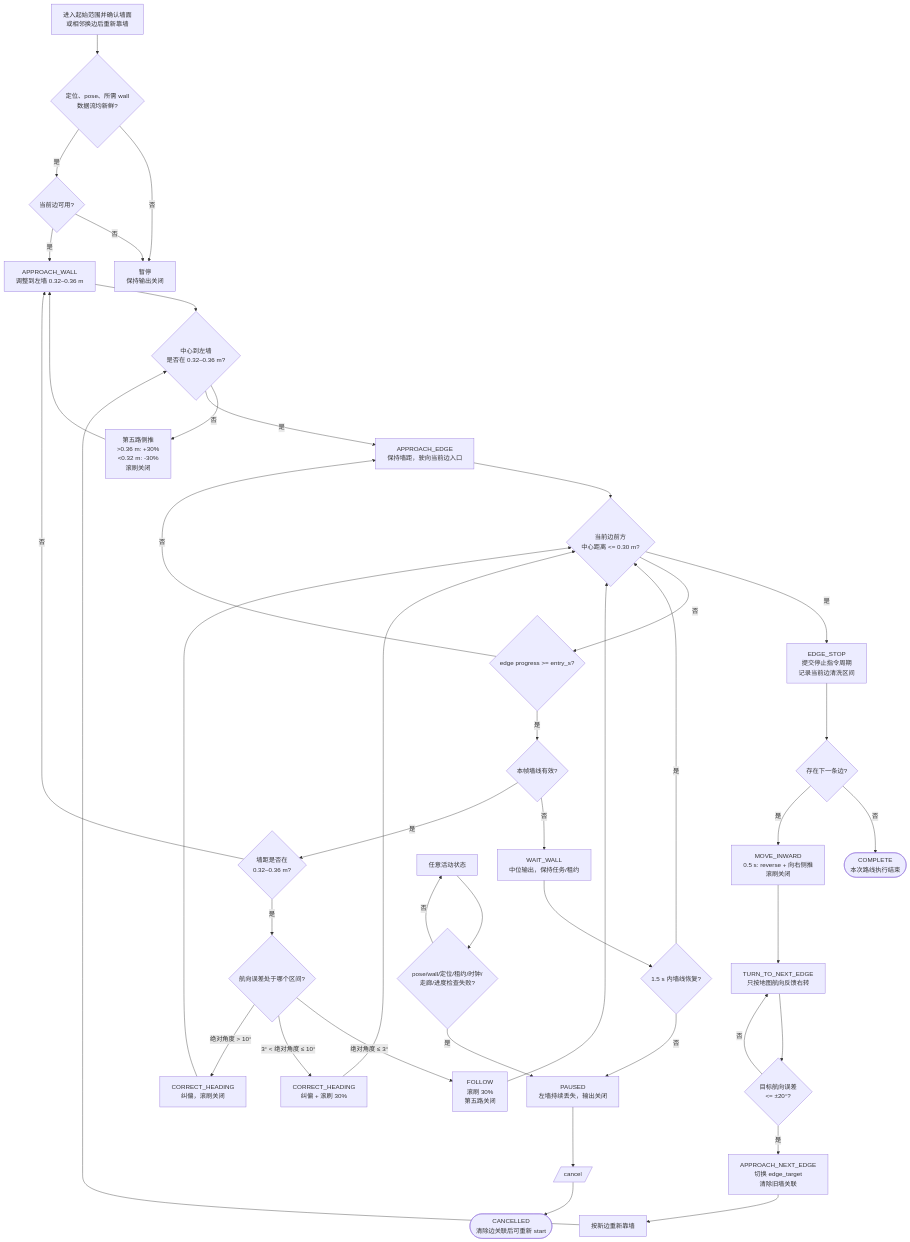
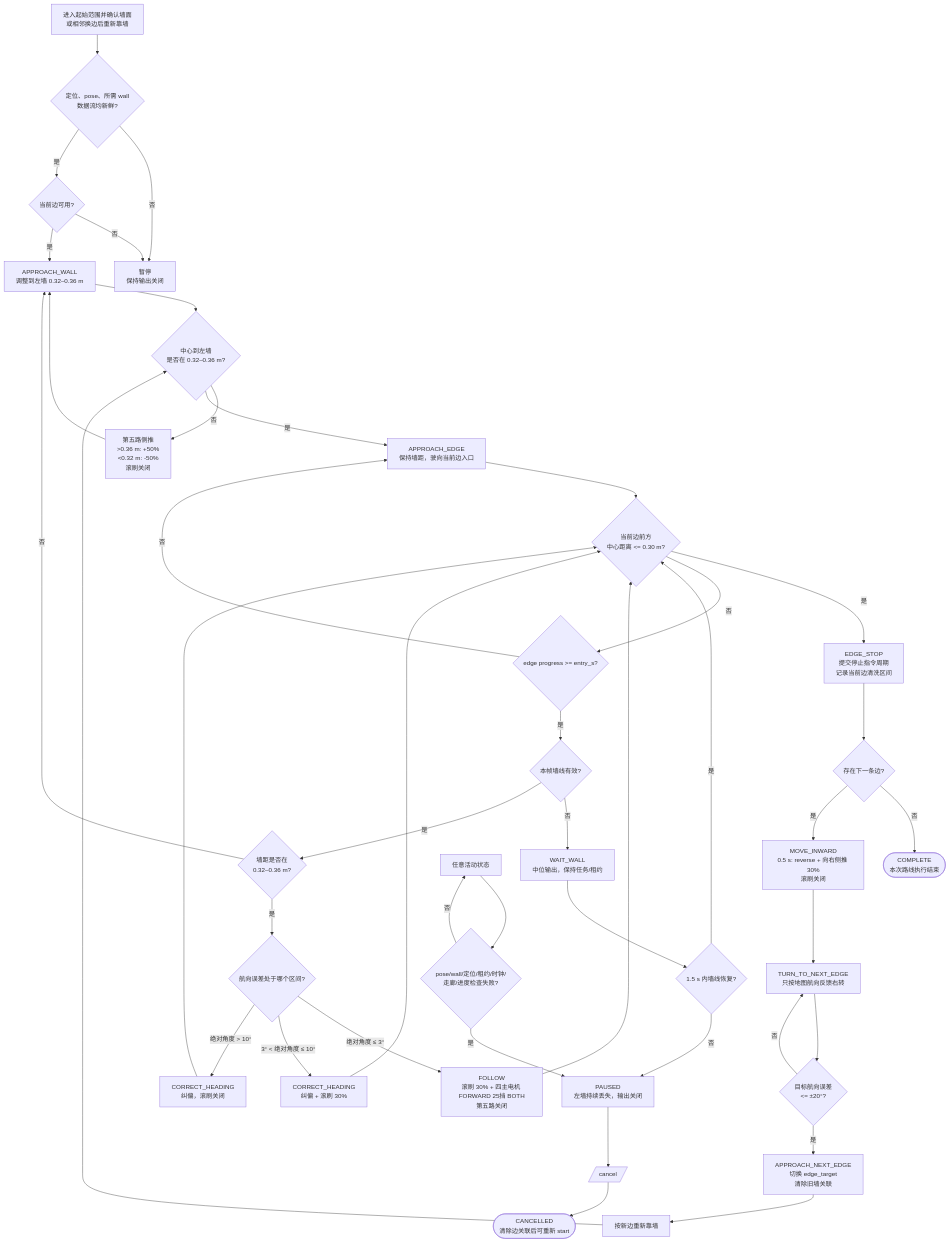
The second of 2 diagrams in docs/pool_cleaning/WALL_CLEANING_FLOW.md (YYYKblue/surface_robot), drawn with Mermaid before and after one commit. The commit also changed other lines of this file and 14 other files, not shown here.

````diff
--- a/docs/pool_cleaning/WALL_CLEANING_FLOW.md
+++ b/docs/pool_cleaning/WALL_CLEANING_FLOW.md
@@ -64,51 +64,51 @@
 ```mermaid
 flowchart TD
     READY[进入起始范围并确认墙面\n或相邻换边后重新靠墙] --> CHECK{定位、pose、所需 wall\n数据流均新鲜?}
     CHECK -- 否 --> REJECT[暂停\n保持输出关闭]
     CHECK -- 是 --> SELECT{当前边可用?}
     SELECT -- 否 --> REJECT
     SELECT -- 是 --> AW[APPROACH_WALL\n调整到左墙 0.32–0.36 m]
 
     AW --> D{中心到左墙\n是否在 0.32–0.36 m?}
-    D -- 否 --> SIDE[第五路侧推\n>0.36 m: +30%\n<0.32 m: -30%\n滚刷关闭]
+    D -- 否 --> SIDE[第五路侧推\n>0.36 m: +50%\n<0.32 m: -50%\n滚刷关闭]
     SIDE --> AW
     D -- 是 --> AE[APPROACH_EDGE\n保持墙距，驶向当前边入口]
 
     AE --> FRONT
     FRONT{当前边前方\n中心距离 <= 0.30 m?}
     FRONT -- 是 --> ESTOP[EDGE_STOP\n提交停止指令周期\n记录当前边清洗区间]
     FRONT -- 否 --> ENTRY{edge progress >= entry_s?}
     ENTRY -- 否 --> AE
     ENTRY -- 是 --> WALL{本帧墙线有效?}
 
     WALL -- 否 --> WAIT[WAIT_WALL\n中位输出，保持任务/租约]
     WALL -- 是 --> DIST{墙距是否在\n0.32–0.36 m?}
     DIST -- 否 --> AW
     DIST -- 是 --> HEADING{航向误差处于哪个区间?}
-    HEADING -- 绝对角度 ≤ 3° --> FOLLOW[FOLLOW\n滚刷 30%\n第五路关闭]
+    HEADING -- 绝对角度 ≤ 3° --> FOLLOW[FOLLOW\n滚刷 30% + 四主电机 FORWARD 25挡 BOTH\n第五路关闭]
     HEADING -- 3° < 绝对角度 ≤ 10° --> CORRECT1[CORRECT_HEADING\n纠偏 + 滚刷 30%]
     HEADING -- 绝对角度 > 10° --> CORRECT2[CORRECT_HEADING\n纠偏，滚刷关闭]
     FOLLOW --> FRONT
     CORRECT1 --> FRONT
     CORRECT2 --> FRONT
 
     WAIT --> RECOVER{1.5 s 内墙线恢复?}
     RECOVER -- 是 --> FRONT
     RECOVER -- 否 --> PAUSE[PAUSED\n左墙持续丢失，输出关闭]
 
     ESTOP --> NEXT{存在下一条边?}
     NEXT -- 否 --> COMPLETE([COMPLETE\n本次路线执行结束])
-    NEXT -- 是 --> MI[MOVE_INWARD\n0.5 s: reverse + 向右侧推\n滚刷关闭]
+    NEXT -- 是 --> MI[MOVE_INWARD\n0.5 s: reverse + 向右侧推 30%\n滚刷关闭]
     MI --> TURN[TURN_TO_NEXT_EDGE\n只按地图航向反馈右转]
     TURN --> YAW{目标航向误差\n<= ±20°?}
     YAW -- 否 --> TURN
     YAW -- 是 --> AN[APPROACH_NEXT_EDGE\n切换 edge_target\n清除旧墙关联]
     AN --> AW2[按新边重新靠墙]
     AW2 --> D
 
     WATCH[任意活动状态] --> FAULT{pose/wall/定位/租约/时钟/\n走廊/进度检查失败?}
     FAULT -- 是 --> PAUSE
     FAULT -- 否 --> WATCH
     PAUSE --> CANCEL[/cancel/]
     CANCEL --> IDLE2([CANCELLED\n清除边关联后可重新 start])
 ```
````
